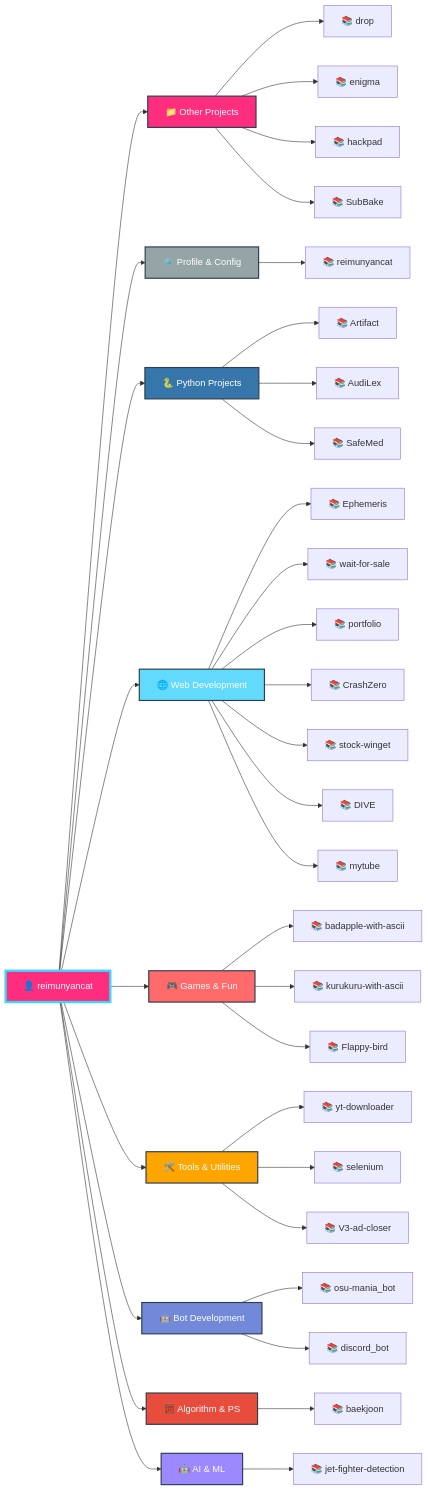
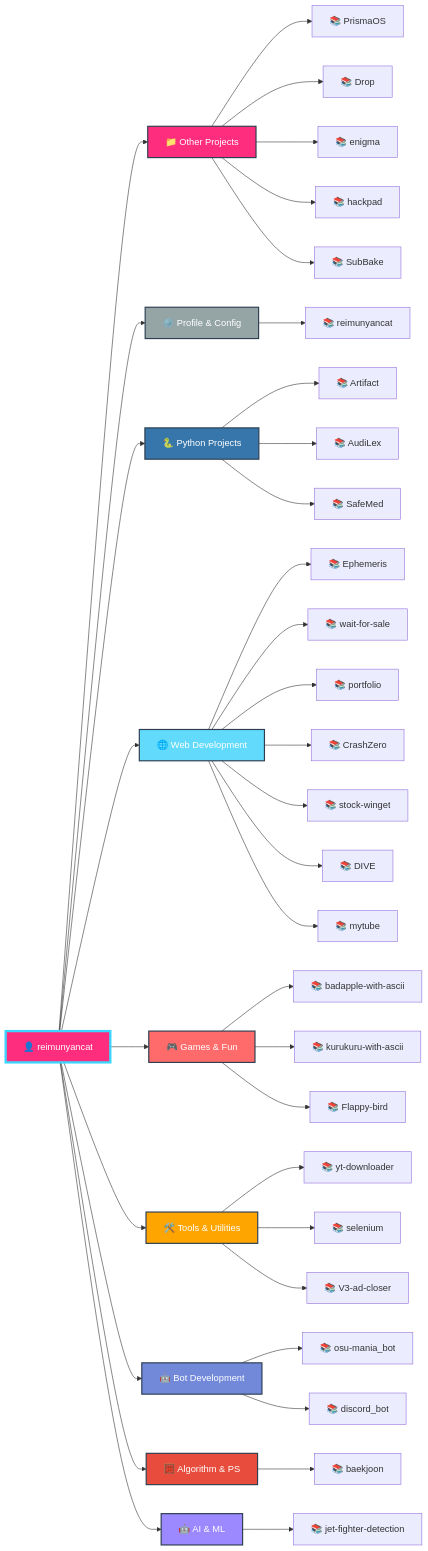
The diagram in README.md (reimunyancat/reimunyancat), drawn with Mermaid before and after one commit. The commit also changed other lines of this file, not shown here.

````diff
--- a/README.md
+++ b/README.md
@@ -159,58 +159,59 @@
 ```mermaid
 graph LR
   A[👤 reimunyancat]
 
   A --> CAT0[📁 Other Projects]
-  CAT0 --> CAT0_0[📚 drop]
-  CAT0 --> CAT0_1[📚 enigma]
-  CAT0 --> CAT0_2[📚 hackpad]
-  CAT0 --> CAT0_3[📚 SubBake]
+  CAT0 --> CAT0_0[📚 PrismaOS]
+  CAT0 --> CAT0_1[📚 Drop]
+  CAT0 --> CAT0_2[📚 enigma]
+  CAT0 --> CAT0_3[📚 hackpad]
+  CAT0 --> CAT0_4[📚 SubBake]
 
   A --> CAT1[⚙️ Profile & Config]
   CAT1 --> CAT1_0[📚 reimunyancat]
 
   A --> CAT2[🐍 Python Projects]
   CAT2 --> CAT2_0[📚 Artifact]
   CAT2 --> CAT2_1[📚 AudiLex]
   CAT2 --> CAT2_2[📚 SafeMed]
 
   A --> CAT3[🌐 Web Development]
   CAT3 --> CAT3_0[📚 Ephemeris]
   CAT3 --> CAT3_1[📚 wait-for-sale]
   CAT3 --> CAT3_2[📚 portfolio]
   CAT3 --> CAT3_3[📚 CrashZero]
   CAT3 --> CAT3_4[📚 stock-winget]
   CAT3 --> CAT3_5[📚 DIVE]
   CAT3 --> CAT3_6[📚 mytube]
 
   A --> CAT4[🎮 Games & Fun]
   CAT4 --> CAT4_0[📚 badapple-with-ascii]
   CAT4 --> CAT4_1[📚 kurukuru-with-ascii]
   CAT4 --> CAT4_2[📚 Flappy-bird]
 
   A --> CAT5[🛠️ Tools & Utilities]
   CAT5 --> CAT5_0[📚 yt-downloader]
   CAT5 --> CAT5_1[📚 selenium]
   CAT5 --> CAT5_2[📚 V3-ad-closer]
 
   A --> CAT6[🤖 Bot Development]
   CAT6 --> CAT6_0[📚 osu-mania_bot]
   CAT6 --> CAT6_1[📚 discord_bot]
 
   A --> CAT7[🧮 Algorithm & PS]
   CAT7 --> CAT7_0[📚 baekjoon]
 
   A --> CAT8[🤖 AI & ML]
   CAT8 --> CAT8_0[📚 jet-fighter-detection]
 
   style A fill:#FF2D7E,stroke:#3BD6FF,stroke-width:4px,color:#fff
   style CAT0 fill:#FF2D7E,stroke:#2c3e50,stroke-width:2px,color:#fff
   style CAT1 fill:#95a5a6,stroke:#2c3e50,stroke-width:2px,color:#fff
   style CAT2 fill:#3776ab,stroke:#2c3e50,stroke-width:2px,color:#fff
   style CAT3 fill:#61dafb,stroke:#2c3e50,stroke-width:2px,color:#fff
   style CAT4 fill:#ff6b6b,stroke:#2c3e50,stroke-width:2px,color:#fff
   style CAT5 fill:#ffa500,stroke:#2c3e50,stroke-width:2px,color:#fff
   style CAT6 fill:#7289da,stroke:#2c3e50,stroke-width:2px,color:#fff
   style CAT7 fill:#e74c3c,stroke:#2c3e50,stroke-width:2px,color:#fff
   style CAT8 fill:#9c88ff,stroke:#2c3e50,stroke-width:2px,color:#fff
 ```
````
